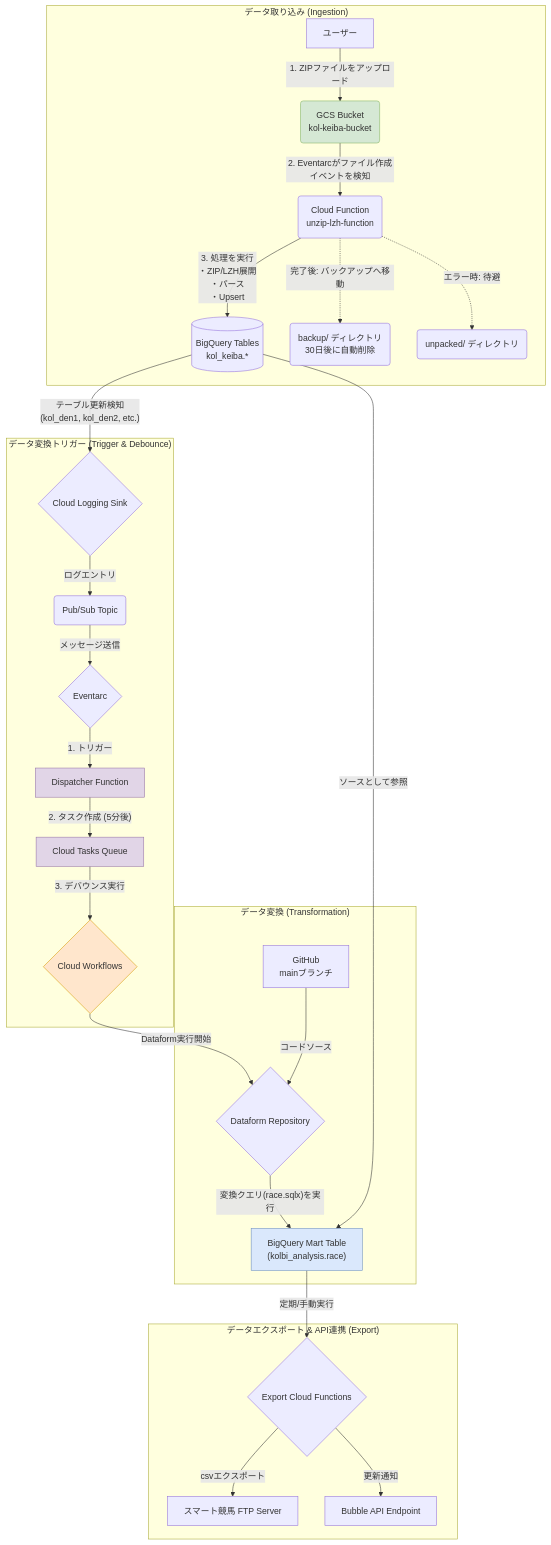
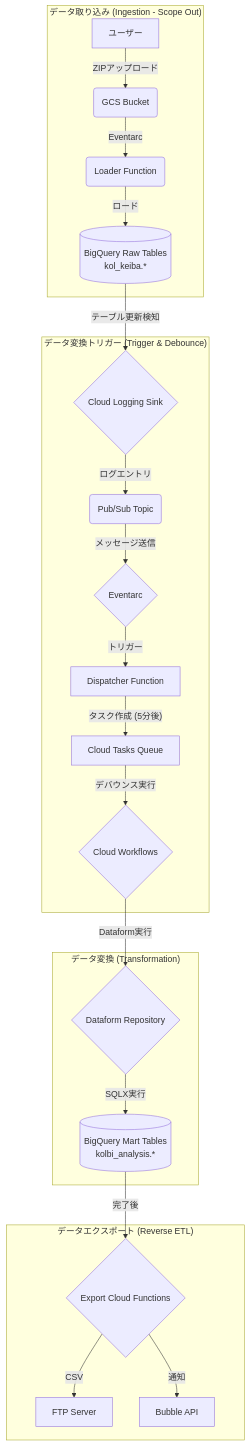
One commit to ENDoDo/kol-gcp-dwh changed the first of 2 diagrams in README.md. Above: the diagram before and after it, drawn with Mermaid. The commit also changed other lines of this file, not shown here.

Commit message:
Update README.md with system architecture and schedule

````diff
--- a/README.md
+++ b/README.md
@@ -17,38 +21,28 @@
 ```mermaid
 graph TD
-    subgraph "データ取り込み (Ingestion)"
-        User[ユーザー] -->|1. ZIPファイルをアップロード| GCS(GCS Bucket<br>kol-keiba-bucket);
-        GCS -->|2. Eventarcがファイル作成イベントを検知| CF(Cloud Function<br>unzip-lzh-function);
-        CF -->|3. 処理を実行<br>・ZIP/LZH展開<br>・パース<br>・Upsert| D[(BigQuery Tables<br>kol_keiba.*)];
-        CF -.->|完了後: バックアップへ移動| Backup(backup/ ディレクトリ<br>30日後に自動削除);
-        CF -.->|エラー時: 待避| Unpacked(unpacked/ ディレクトリ);
+    subgraph "データ取り込み (Ingestion - Scope Out)"
+        User[ユーザー] -->|ZIPアップロード| GCS(GCS Bucket);
+        GCS -->|Eventarc| LoaderCF(Loader Function);
+        LoaderCF -->|ロード| Raw[(BigQuery Raw Tables<br>kol_keiba.*)];
     end
 
     subgraph "データ変換トリガー (Trigger & Debounce)"
-        D -- "テーブル更新検知<br>(kol_den1, kol_den2, etc.)" --> L{Cloud Logging Sink};
+        Raw -- "テーブル更新検知" --> L{Cloud Logging Sink};
         L -- "ログエントリ" --> P(Pub/Sub Topic);
         P -- "メッセージ送信" --> E{Eventarc};
-        E -- "1. トリガー" --> Dis[Dispatcher Function];
-        Dis -- "2. タスク作成 (5分後)" --> Q[Cloud Tasks Queue];
-        Q -- "3. デバウンス実行" --> W{Cloud Workflows};
+        E -- "トリガー" --> Dis[Dispatcher Function];
+        Dis -- "タスク作成 (5分後)" --> Q[Cloud Tasks Queue];
+        Q -- "デバウンス実行" --> W{Cloud Workflows};
     end
 
     subgraph "データ変換 (Transformation)"
-        Git[GitHub<br>mainブランチ] -- コードソース --> R{Dataform Repository};
-        W -- "Dataform実行開始" --> R;
-        R -- "変換クエリ(race.sqlx)を実行" --> G["BigQuery Mart Table<br>(kolbi_analysis.race)"];
-        D -- ソースとして参照 --> G;
+        W -- "Dataform実行" --> R{Dataform Repository};
+        R -- "SQLX実行" --> Mart[(BigQuery Mart Tables<br>kolbi_analysis.*)];
     end
 
-    subgraph "データエクスポート & API連携 (Export)"
-        G -->|定期/手動実行| ExportCF{Export Cloud Functions};
-        ExportCF -->|csvエクスポート| FTP[スマート競馬 FTP Server];
-        ExportCF -->|更新通知| Bubble[Bubble API Endpoint];
+    subgraph "データエクスポート (Reverse ETL)"
+        Mart -->|完了後| ExportCF{Export Cloud Functions};
+        ExportCF -->|CSV| FTP[FTP Server];
+        ExportCF -->|通知| Bubble[Bubble API];
     end
-
-    style GCS fill:#D5E8D4,stroke:#82B366
-    style G fill:#DAE8FC,stroke:#6C8EBF
-    style W fill:#FFE6CC,stroke:#D79B00
-    style Dis fill:#E1D5E7,stroke:#9673A6
-    style Q fill:#E1D5E7,stroke:#9673A6
 ```
````
